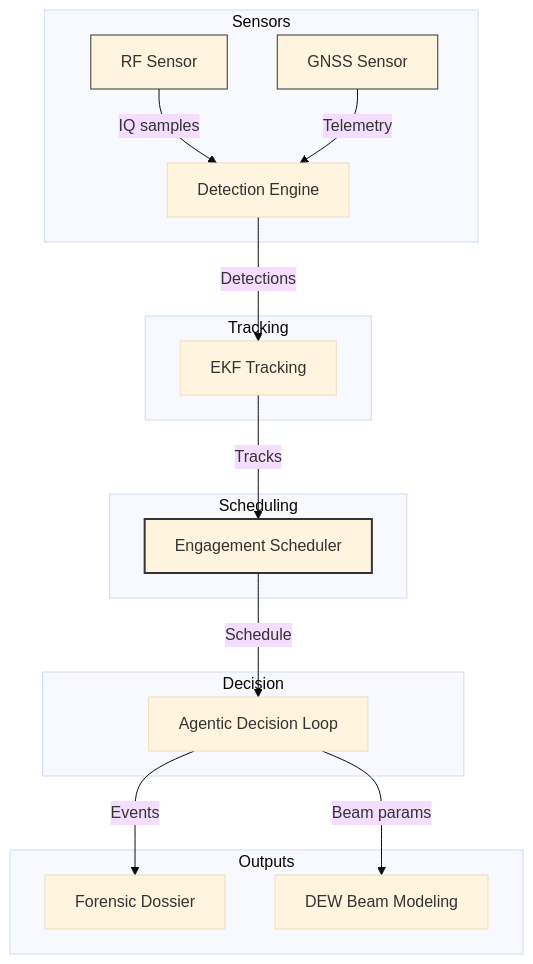
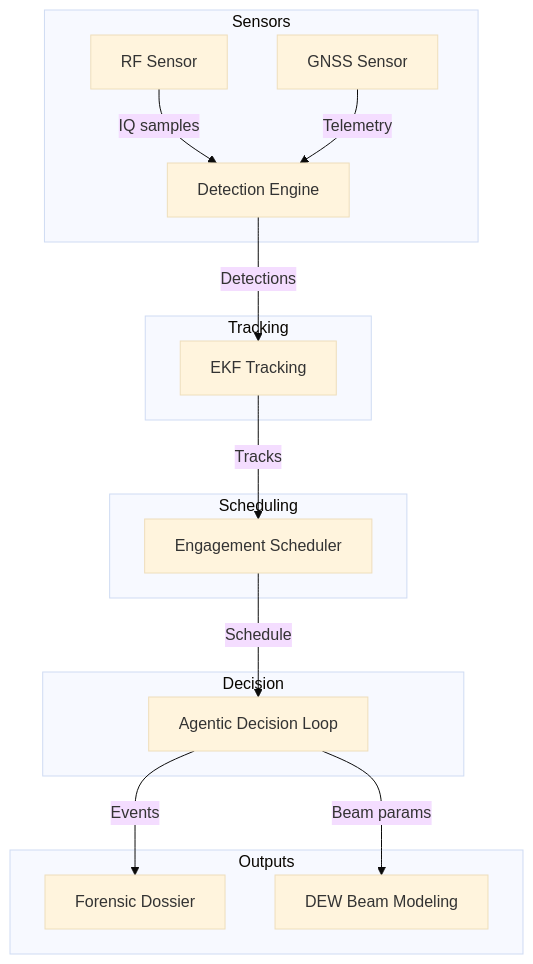
The first of 3 diagrams in README.md (AAH20/Apex_C-UAS), drawn with Mermaid (base theme) before and after one commit. The commit also changed other lines of this file and 5 other files, not shown here.

````diff
--- a/README.md
+++ b/README.md
@@ -27,28 +27,24 @@
 ```mermaid
 flowchart TD
     subgraph Sensors
     A[RF Sensor] -->|IQ samples| D[Detection Engine]
     B[GNSS Sensor] -->|Telemetry| D
     end
 
     subgraph Tracking
     D -->|Detections| E[EKF Tracking]
     end
 
     subgraph Scheduling
     E -->|Tracks| F[Engagement Scheduler]
     end
 
     subgraph Decision
     F -->|Schedule| G[Agentic Decision Loop]
     end
 
     subgraph Outputs
     G -->|Events| H[Forensic Dossier]
     G -->|Beam params| I[DEW Beam Modeling]
     end
-
-    style F stroke:#333,stroke-width:2px
-    style A stroke:#333
-    style B stroke:#333
 ```
````
